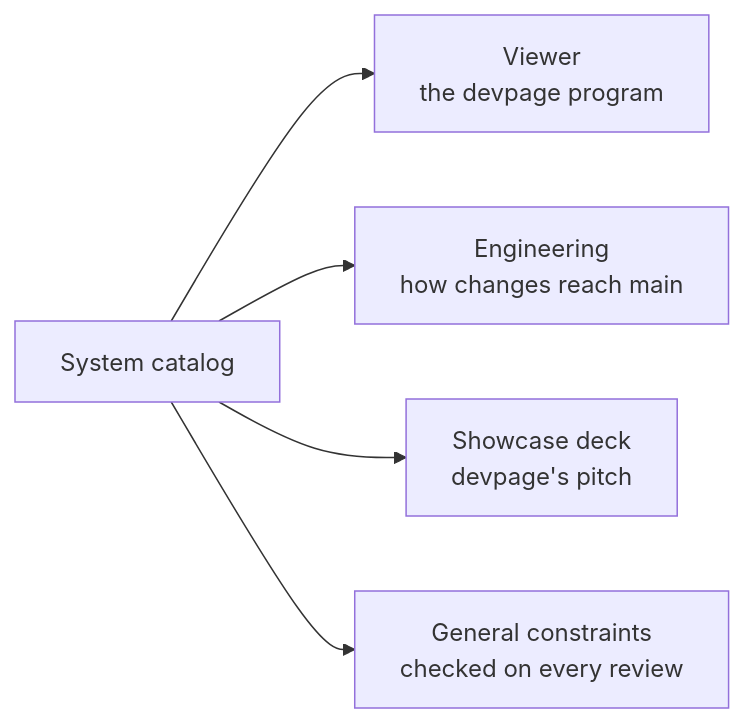
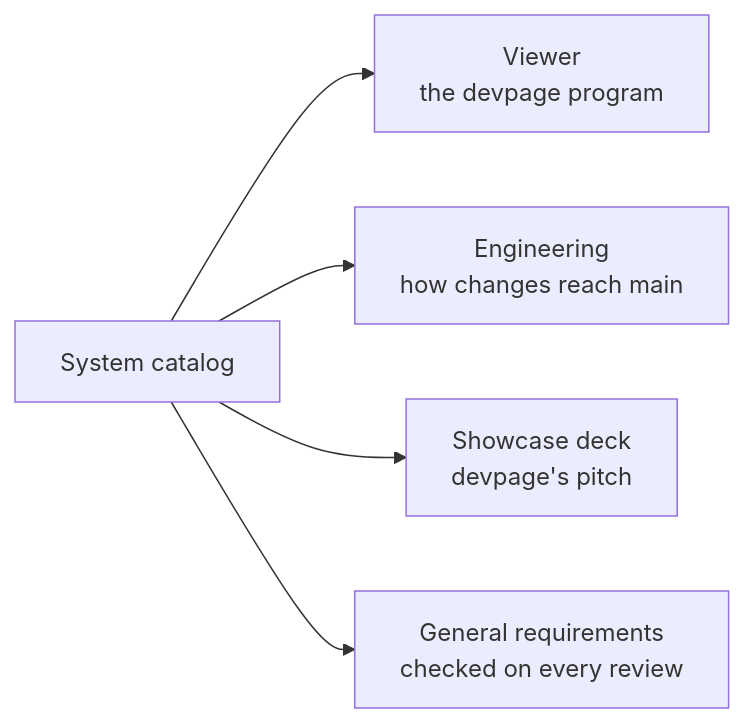
One commit to andrei512/devpage changed the diagram in docs/boxes/README.md. Above: the diagram before and after it, drawn with Mermaid. The commit also changed other lines of this file and 57 other files, not shown here.

````diff
--- a/docs/boxes/README.md
+++ b/docs/boxes/README.md
@@ -14,11 +14,11 @@
 ```mermaid
 flowchart LR
   catalog["System catalog"] --> viewer["Viewer<br/>the devpage program"]
   catalog --> engineering["Engineering<br/>how changes reach main"]
   catalog --> showcase["Showcase deck<br/>devpage's pitch"]
-  catalog --> constraints["General constraints<br/>checked on every review"]
+  catalog --> constraints["General requirements<br/>checked on every review"]
   click viewer href "./viewer/README.md" "Viewer"
   click engineering href "./engineering/README.md" "Engineering"
   click showcase href "./showcase/README.md" "The showcase deck"
-  click constraints href "../constraints/README.md" "General constraints"
+  click constraints href "../requirements/README.md" "General requirements"
 ```
````
